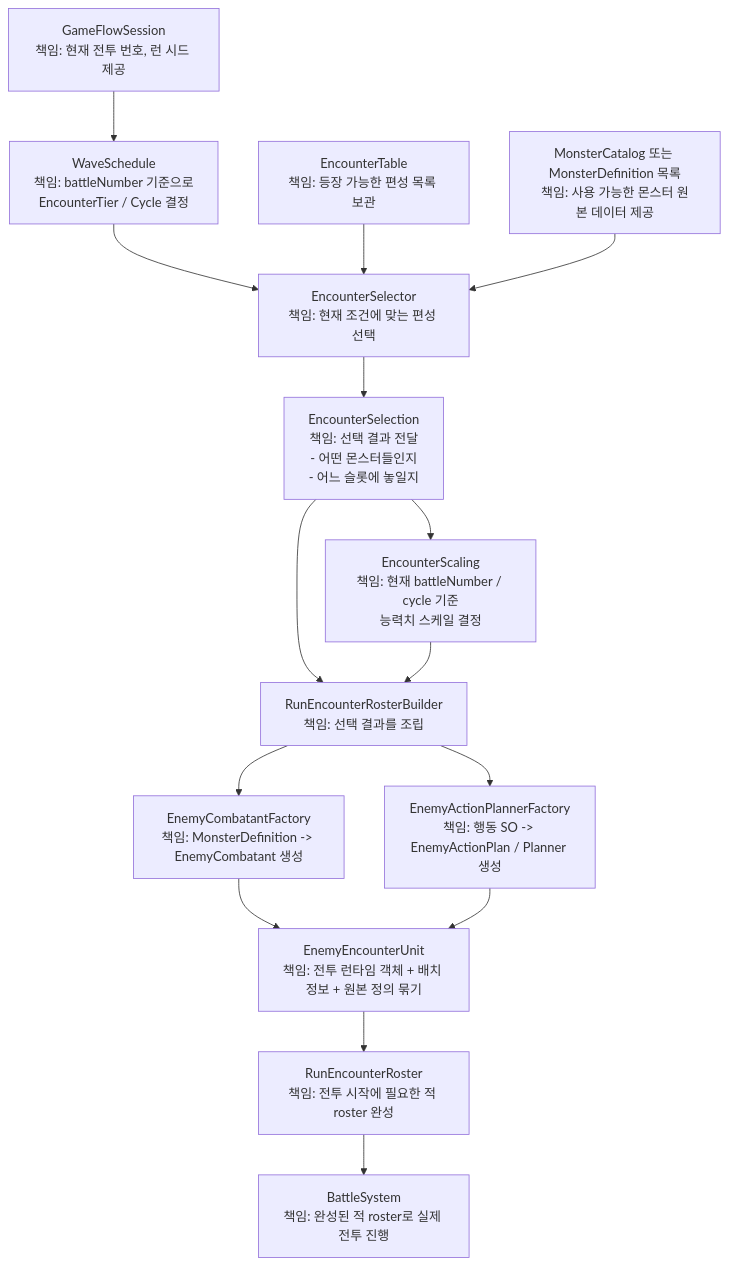
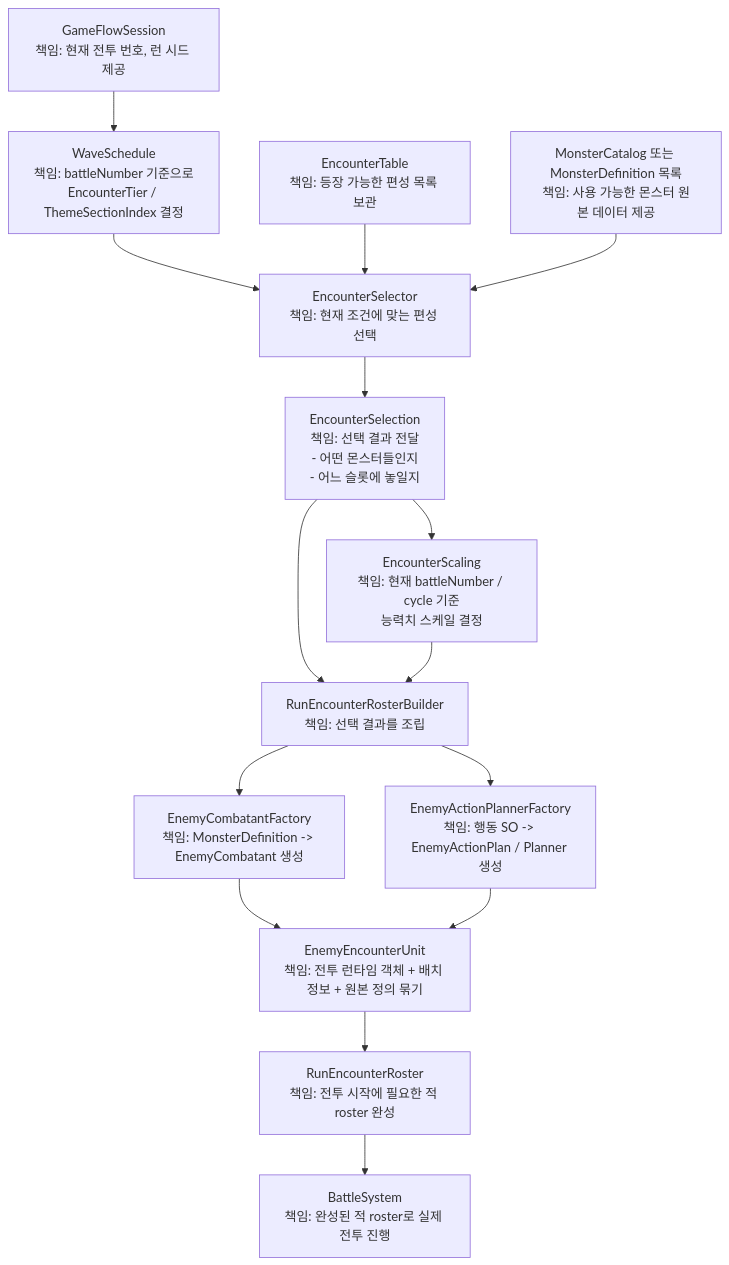
The first of 4 diagrams in docs/exec-plans/active/feature-rule-based-encounter-selection.md (YooKyubin/SlotRogue), drawn with Mermaid before and after one commit. The commit also changed other lines of this file and 23 other files, not shown here.

````diff
--- a/docs/exec-plans/active/feature-rule-based-encounter-selection.md
+++ b/docs/exec-plans/active/feature-rule-based-encounter-selection.md
@@ -38,24 +38,24 @@
 ```mermaid
 flowchart TD
-    A["GameFlowSession<br/>책임: 현재 전투 번호, 런 시드 제공"] --> B["WaveSchedule<br/>책임: battleNumber 기준으로<br/>EncounterTier / Cycle 결정"]
+    A["GameFlowSession<br/>책임: 현재 전투 번호, 런 시드 제공"] --> B["WaveSchedule<br/>책임: battleNumber 기준으로<br/>EncounterTier / ThemeSectionIndex 결정"]
 
     B --> C["EncounterSelector<br/>책임: 현재 조건에 맞는 편성 선택"]
     D["EncounterTable<br/>책임: 등장 가능한 편성 목록 보관"] --> C
     E["MonsterCatalog 또는 MonsterDefinition 목록<br/>책임: 사용 가능한 몬스터 원본 데이터 제공"] --> C
 
     C --> F["EncounterSelection<br/>책임: 선택 결과 전달<br/>- 어떤 몬스터들인지<br/>- 어느 슬롯에 놓일지"]
 
     F --> G["EncounterScaling<br/>책임: 현재 battleNumber / cycle 기준<br/>능력치 스케일 결정"]
 
     F --> H["RunEncounterRosterBuilder<br/>책임: 선택 결과를 조립"]
     G --> H
 
     H --> I["EnemyCombatantFactory<br/>책임: MonsterDefinition -> EnemyCombatant 생성"]
     H --> J["EnemyActionPlannerFactory<br/>책임: 행동 SO -> EnemyActionPlan / Planner 생성"]
 
     I --> K["EnemyEncounterUnit<br/>책임: 전투 런타임 객체 + 배치 정보 + 원본 정의 묶기"]
     J --> K
 
     K --> L["RunEncounterRoster<br/>책임: 전투 시작에 필요한 적 roster 완성"]
     L --> M["BattleSystem<br/>책임: 완성된 적 roster로 실제 전투 진행"]
 ```
````
